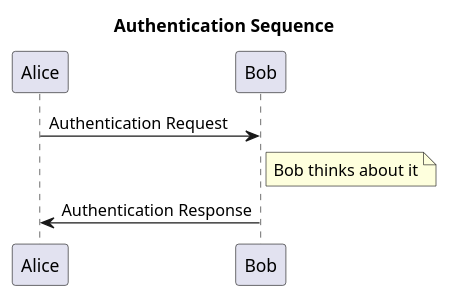
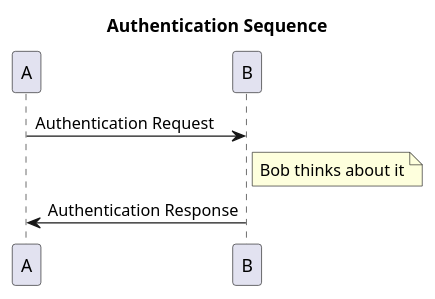
The second of 2 diagrams in README.md (mikitex70/plantuml-markdown), drawn with PlantUML before and after one commit. The commit also changed other lines of this file, not shown here.

```diff
--- a/README.md
+++ b/README.md
@@ -50,6 +59,7 @@
-    @startuml
-    title Authentication Sequence
-        Alice->Bob: Authentication Request
-        note right of Bob: Bob thinks about it
-        Bob->Alice: Authentication Response
-    @enduml
+        @startuml
+        '' Source file defines the participants.
+        title Authentication Sequence
+        A->B: Authentication Request
+        note right of B: Bob thinks about it
+        B->A: Authentication Response
+        @enduml
```
